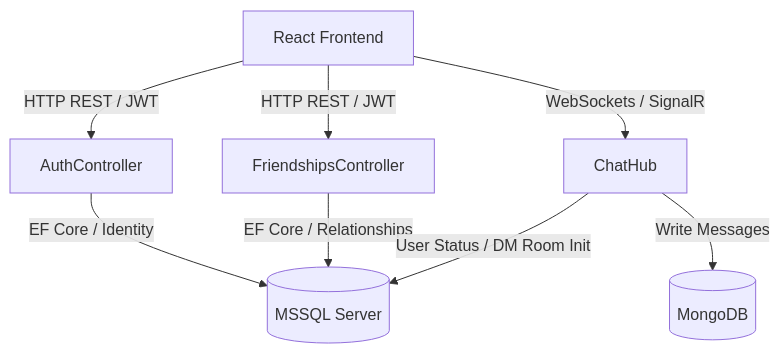
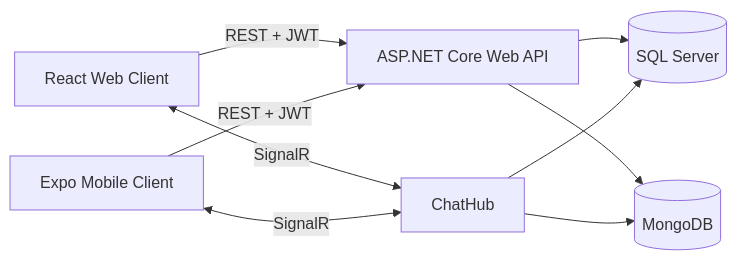
One commit to YellMinNaing-micro/Velo-Chat changed the diagram in README.my.md. Above: the diagram before and after it, drawn with Mermaid. The commit also changed other lines of this file, not shown here.

````diff
--- a/README.my.md
+++ b/README.my.md
@@ -17,11 +15,11 @@
 ```mermaid
-graph TD
-    Client[React Frontend] -->|HTTP REST / JWT| Auth[AuthController]
-    Client -->|HTTP REST / JWT| Friend[FriendshipsController]
-    Client -->|WebSockets / SignalR| Hub[ChatHub]
-    
-    Auth -->|EF Core / Identity| MSSQL[(MSSQL Server)]
-    Friend -->|EF Core / Relationships| MSSQL
-    Hub -->|Write Messages| MongoDB[(MongoDB)]
-    Hub -->|User Status / DM Room Init| MSSQL
+flowchart LR
+    Web[React Web Client] -->|REST + JWT| API[ASP.NET Core Web API]
+    Mobile[Expo Mobile Client] -->|REST + JWT| API
+    Web <-->|SignalR| Hub[ChatHub]
+    Mobile <-->|SignalR| Hub
+    API --> SQL[(SQL Server)]
+    API --> Mongo[(MongoDB)]
+    Hub --> SQL
+    Hub --> Mongo
 ```
````
